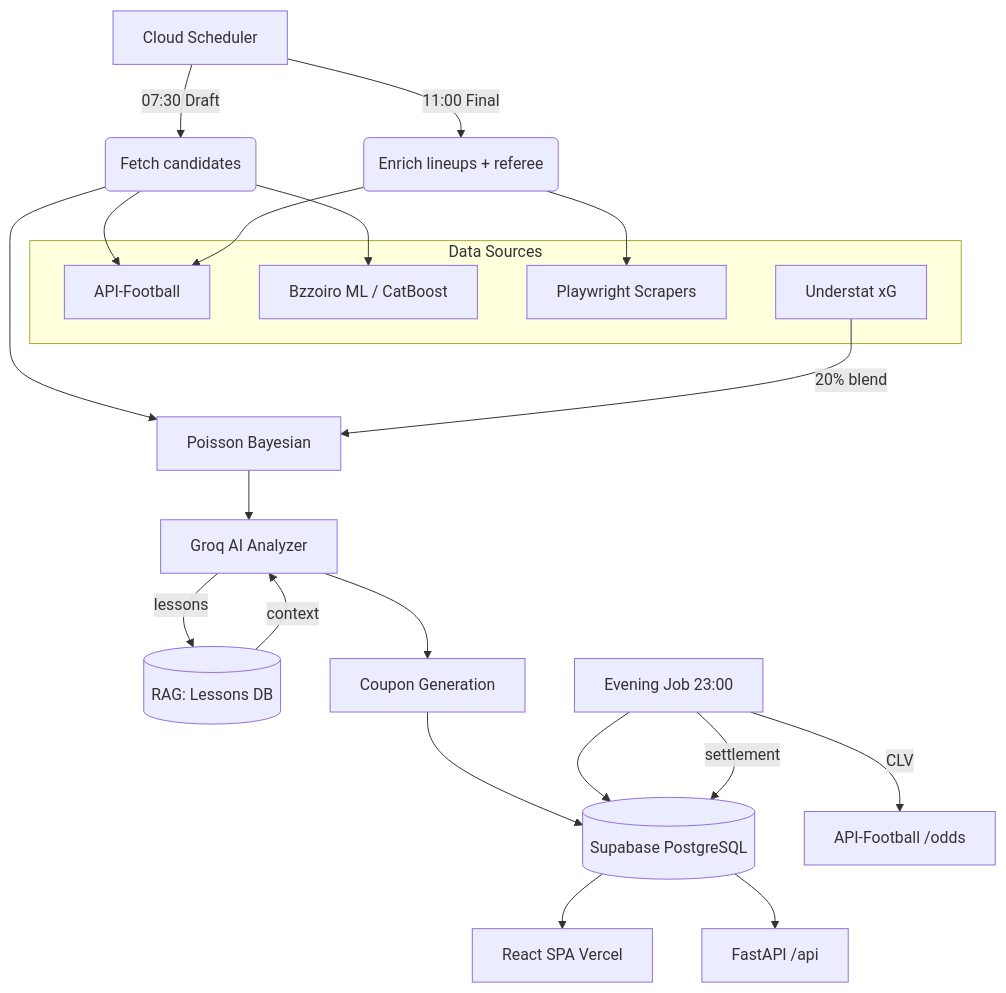
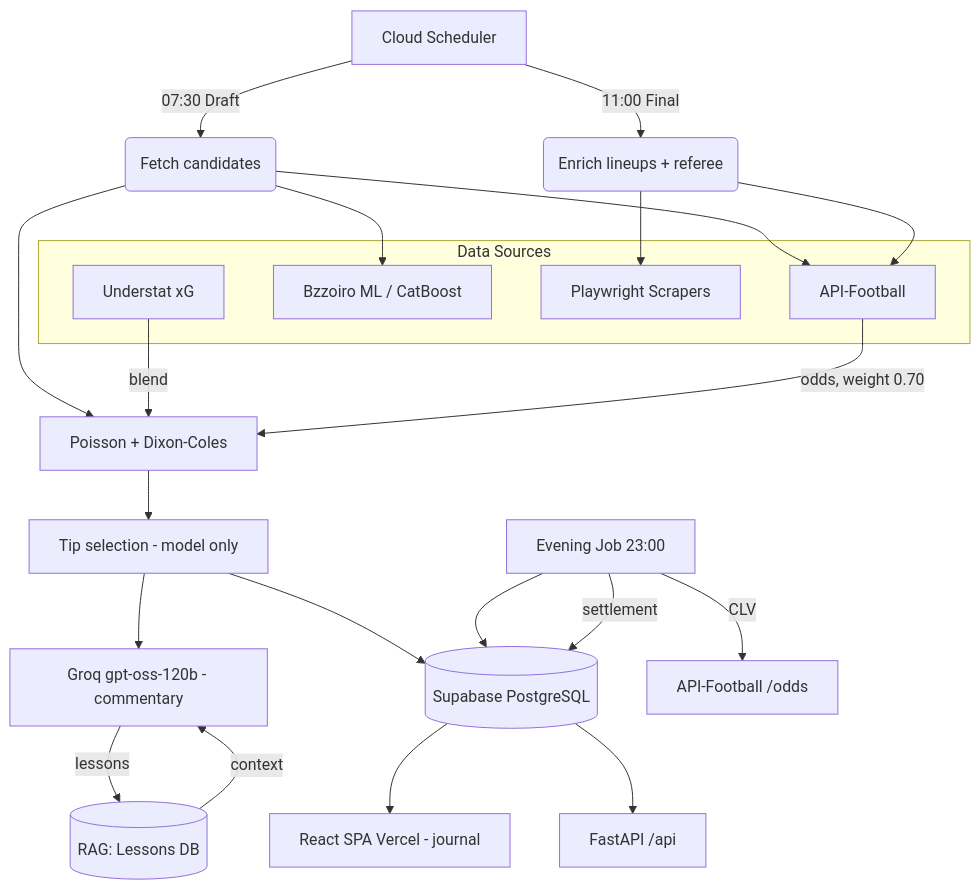
Before and after one commit to Gwiazdka09/Footstats: the diagram in README.md, drawn with Mermaid. The commit also changed other lines of this file and 1 other file, not shown here.

````diff
--- a/README.md
+++ b/README.md
@@ -47,31 +47,32 @@
 ```mermaid
 graph TD
     A[Cloud Scheduler] -->|07:30 Draft| B(Fetch candidates)
     A -->|11:00 Final| C(Enrich lineups + referee)
 
     subgraph "Data Sources"
         D[API-Football]
         E[Bzzoiro ML / CatBoost]
         F[Playwright Scrapers]
         G[Understat xG]
     end
 
     B --> D & E
     C --> F & D
 
-    B --> H[Poisson Bayesian]
-    G -->|20% blend| H
-    H --> I[Groq AI Analyzer]
+    B --> H[Poisson + Dixon-Coles]
+    G -->|blend| H
+    D -->|odds, weight 0.70| H
+    H --> K[Tip selection - model only]
+    K --> I[Groq gpt-oss-120b - commentary]
 
     I -->|lessons| J[(RAG: Lessons DB)]
     J -->|context| I
-    I --> K[Coupon Generation]
 
     K --> L[(Supabase PostgreSQL)]
-    L --> M[React SPA Vercel]
+    L --> M[React SPA Vercel - journal]
     L --> N[FastAPI /api]
 
     O[Evening Job 23:00] --> L
     O -->|CLV| P[API-Football /odds]
     O -->|settlement| L
 ```
````
